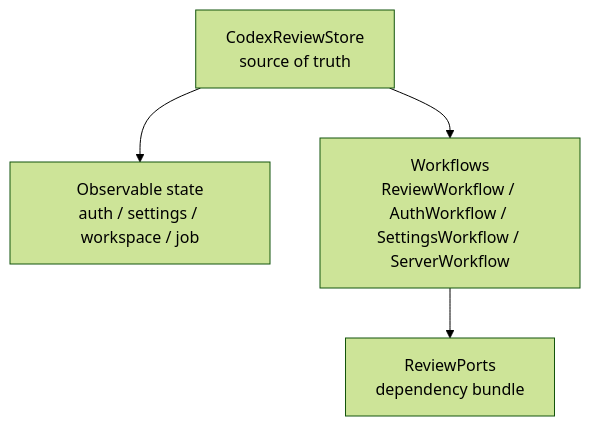
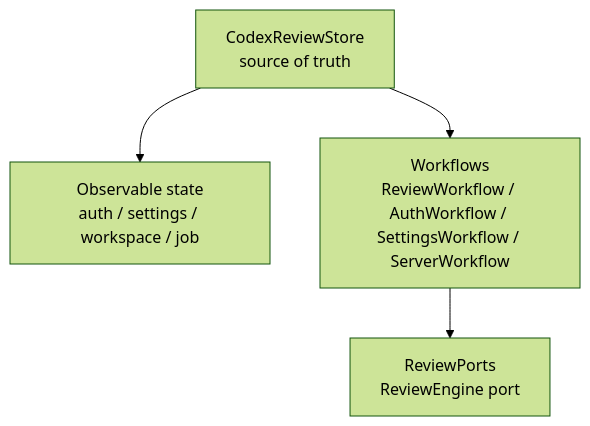
The third of 8 diagrams in Docs/architecture-overview.md (lynnswap/CodexReviewMCP), drawn with Mermaid (forest theme) before and after one commit. The commit also changed other lines of this file and 8 other files, not shown here.

Commit message:
refactor(ports): add review store and tool protocols

````diff
--- a/Docs/architecture-overview.md
+++ b/Docs/architecture-overview.md
@@ -137,11 +139,11 @@
 ```mermaid
 flowchart TB
     Store["CodexReviewStore<br/>source of truth"]
     State["Observable state<br/>auth / settings / workspace / job"]
     Workflows["Workflows<br/>ReviewWorkflow / AuthWorkflow / SettingsWorkflow / ServerWorkflow"]
-    Dependencies["ReviewPorts<br/>dependency bundle"]
+    Dependencies["ReviewPorts<br/>ReviewEngine port"]
 
     Store --> State
     Store --> Workflows
     Workflows --> Dependencies
 ```
````
